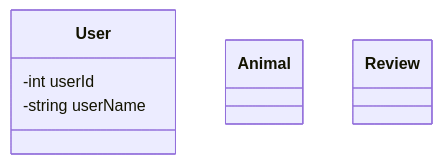
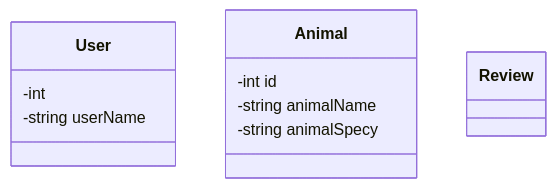
Before and after one commit to bryan-jose-valdiviezo/sit-a-pup: the diagram in README.md, drawn with Mermaid.

Commit message:
Test schéma

````diff
--- a/README.md
+++ b/README.md
@@ -3,9 +3,13 @@
 ```mermaid
  classDiagram
       class User {
-            -int userId
+            -int
             -string userName
       }
-      class Animal
+      class Animal {
+		-int id
+		-string animalName
+		-string animalSpecy
+	}
       class Review
 ```
````
